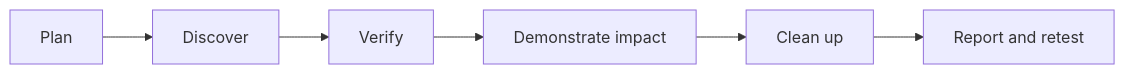
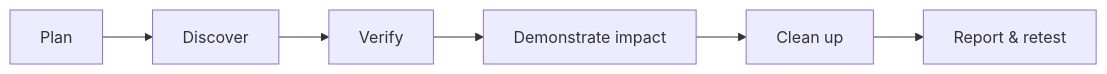
One commit to s4l1hs/cybersec-crook2root-notes changed the diagram in Offensive Security/Guided Assessments.md. Above: the diagram before and after it, drawn with Mermaid. The commit also changed other lines of this file and 302 other files, not shown here.

````diff
--- a/Offensive Security/Guided Assessments.md
+++ b/Offensive Security/Guided Assessments.md
@@ -18,8 +18,8 @@
 ```mermaid
 flowchart LR
     P["Plan"] --> D["Discover"]
     D --> V["Verify"]
     V --> E["Demonstrate impact"]
     E --> C["Clean up"]
-    C --> R["Report and retest"]
+    C --> R["Report & retest"]
 ```
````
